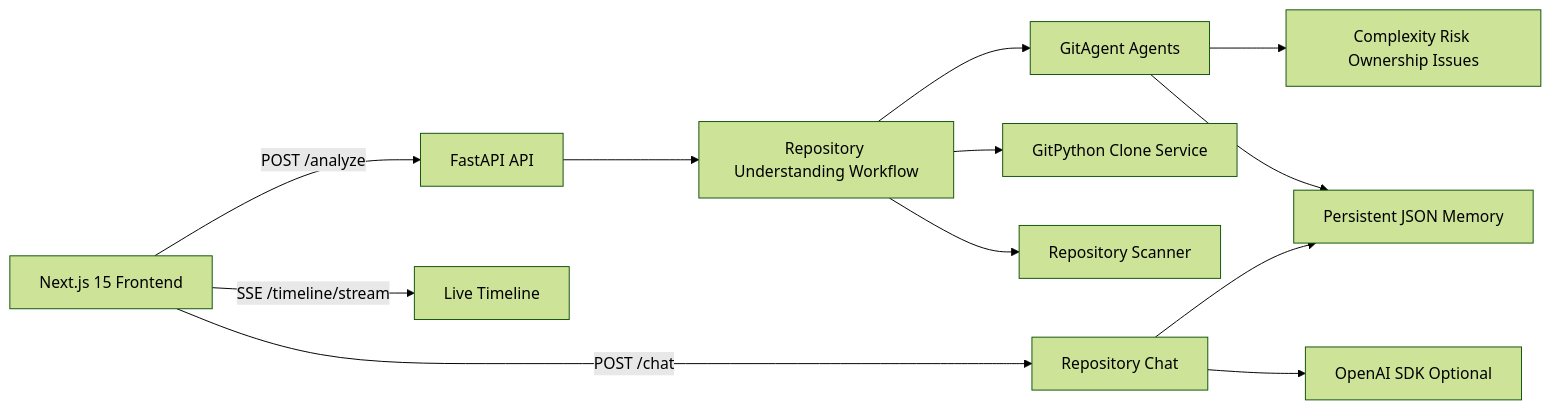
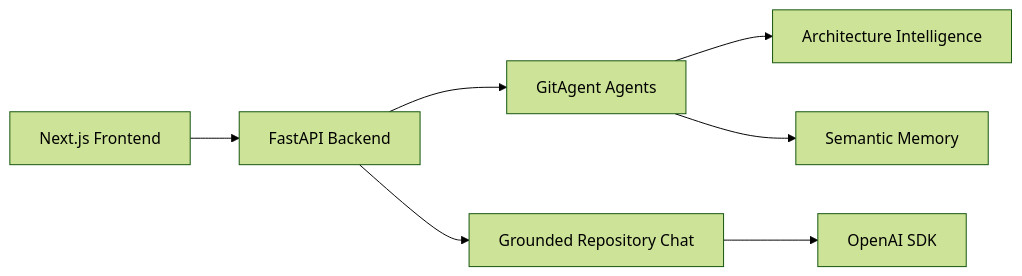
One commit to gagandeepsingh76/Codesherpa-ai changed the diagram in README.md. Above: the diagram before and after it, drawn with Mermaid (forest theme). The commit also changed other lines of this file, not shown here.

````diff
--- a/README.md
+++ b/README.md
@@ -102,14 +56,9 @@
 ```mermaid
 flowchart LR
-  UI[Next.js 15 Frontend] -->|POST /analyze| API[FastAPI API]
-  UI -->|SSE /timeline/stream| Timeline[Live Timeline]
-  UI -->|POST /chat| Chat[Repository Chat]
-  API --> Orchestrator[Repository Understanding Workflow]
-  Orchestrator --> Git[GitPython Clone Service]
-  Orchestrator --> Scan[Repository Scanner]
-  Orchestrator --> Agents[GitAgent Agents]
-  Agents --> Intelligence[Complexity Risk Ownership Issues]
-  Agents --> Memory[Persistent JSON Memory]
-  Chat --> Memory
-  Chat --> OpenAI[OpenAI SDK Optional]
+  UI[Next.js Frontend] --> API[FastAPI Backend]
+  API --> Agents[GitAgent Agents]
+  Agents --> Graph[Architecture Intelligence]
+  Agents --> Memory[Semantic Memory]
+  API --> Chat[Grounded Repository Chat]
+  Chat --> OpenAI[OpenAI SDK]
 ```
````
